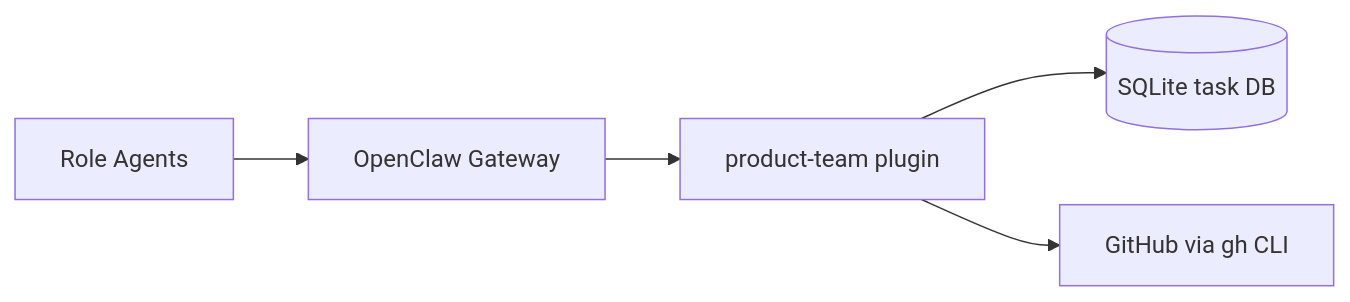
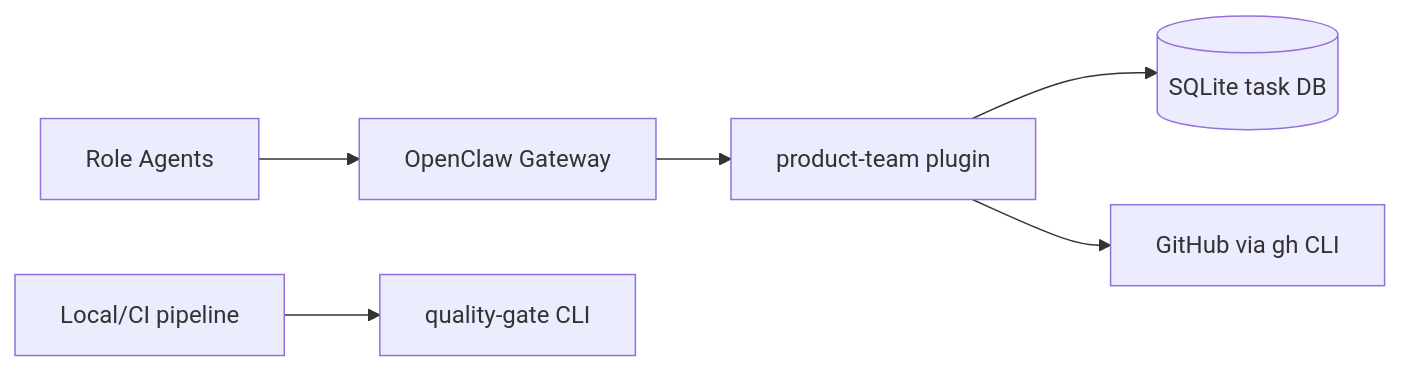
The diagram in README.md (Monkey-D-Luisi/vibe-flow), drawn with Mermaid before and after one commit. The commit also changed other lines of this file and 9 other files, not shown here.

Commit message:
docs(docs): reconcile documentation with current architecture and contracts

````diff
--- a/README.md
+++ b/README.md
@@ -16,13 +16,8 @@
 ```mermaid
 flowchart LR
-  OC[OpenClaw Gateway]
-  PT[product-team plugin]
-  DB[(SQLite task DB)]
-  GH[GitHub via gh CLI]
-  AG[Role Agents]
-
-  AG --> OC
-  OC --> PT
-  PT --> DB
-  PT --> GH
+  AG[Role Agents] --> OC[OpenClaw Gateway]
+  OC --> PT[product-team plugin]
+  PT --> DB[(SQLite task DB)]
+  PT --> GH[GitHub via gh CLI]
+  CI[Local/CI pipeline] --> QG[quality-gate CLI]
 ```
````
